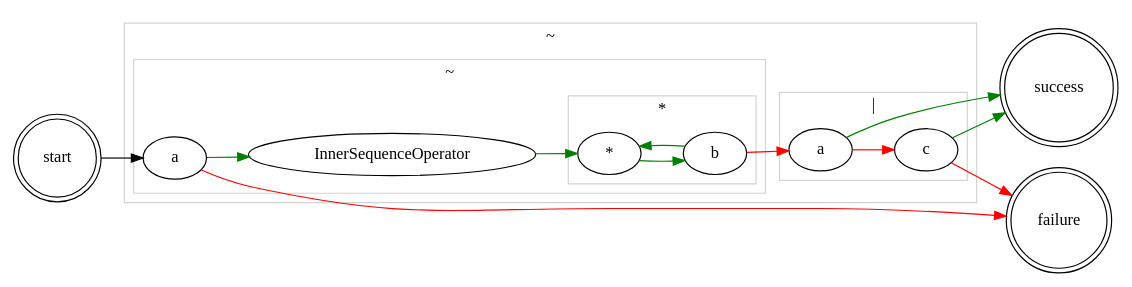
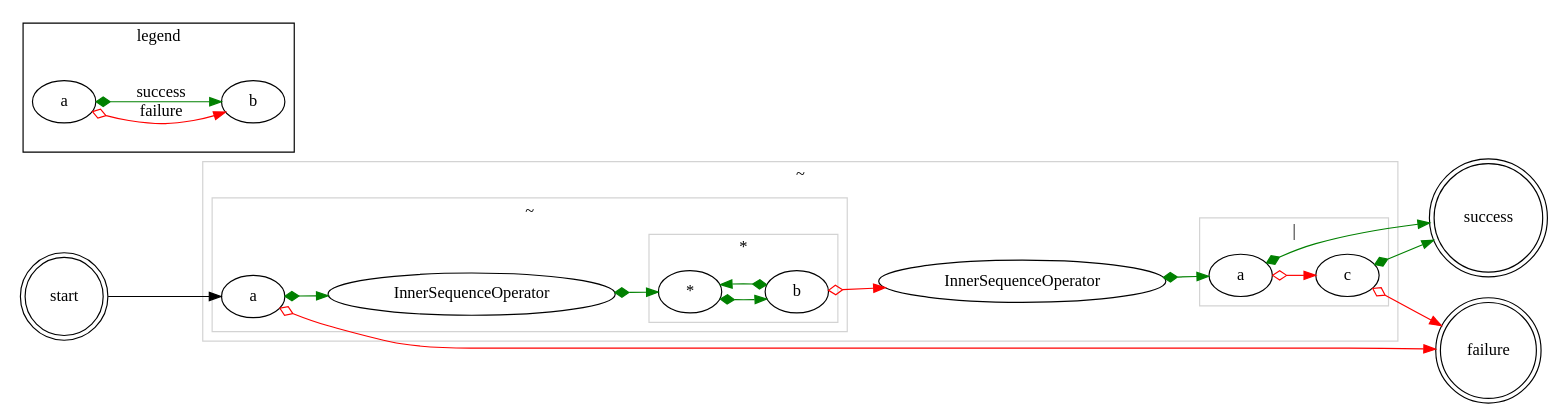
The diagram in freetlelib/src/site/resources/scaladocs/org/freetle/cps.dot (lbruand/freetle), drawn with Graphviz before and after one commit. The commit also changed 1 other file, not shown here.

Commit message:
fixed broken diagram + added a legend

```diff
--- a/freetlelib/src/site/resources/scaladocs/org/freetle/cps.dot
+++ b/freetlelib/src/site/resources/scaladocs/org/freetle/cps.dot
@@ -1,40 +1,52 @@
 digraph G {
 	rankdir=LR;
 	subgraph "cluster_~0" {
 		subgraph "cluster_~1" {
 			subgraph "cluster_*" {
-				"*" -> "b" [color=green]
-				"b" -> "*" [color=green];
+				"*" -> "b" [color=green arrowtail=diamond dir=both];
+				"b" -> "*" [color=green arrowtail=diamond dir=both];
 				label = "*";
 				labelloc="t";
 				color=lightgrey;
 			}
 			a1 [label="a"]
-			a1 -> InnerSequenceOperator -> "*" [color=green];
+			a1 -> InnerSequenceOperator -> "*" [color=green arrowtail=diamond dir=both];
 			label = "~";
 			labelloc="t";
 			color=lightgrey;
 		}
 		subgraph "cluster_|" {
 			a2 [label="a"]
-			"a2" -> "c" [color=red];
+			"a2" -> "c" [color=red arrowtail=odiamond dir=both];
 			label = "|";
 			labelloc="t";
 			color=lightgrey;
 		}
 		color=lightgrey;
-		
-		"b" -> "a2" [color=red];
+		InnerSequenceOperator2 [label="InnerSequenceOperator"]
+		"b" -> InnerSequenceOperator2 [color=red arrowtail=odiamond dir=both];
+		InnerSequenceOperator2 -> "a2" [color=green arrowtail=diamond dir=both];
 		label = "~";
 		labelloc="t";
+			
 	}
 	start [shape=doublecircle];
 	success [shape=doublecircle];
 	failure [shape=doublecircle];
 	start -> a1;
-	"a1" -> failure [color=red]
-	a2 -> success [color=green]
-	"c" -> success [color=green]
-	"c" -> failure [color=red]
+	"a1" -> failure [color=red arrowtail=odiamond dir=both];
+	a2 -> success [color=green arrowtail=diamond dir=both];
+	"c" -> success [color=green arrowtail=diamond dir=both];
+	"c" -> failure [color=red arrowtail=odiamond dir=both];
+
+	subgraph "cluster_legend" {
+		nodea [label="a"];
+		nodeb [label="b"];
+		nodea -> nodeb [label="failure" color=red arrowtail=odiamond dir=both];
+		nodea -> nodeb [label="success" color=green arrowtail=diamond dir=both];
+		label = "legend";
+		labelloc="t";
+		color=black;
+	}
 
 }
```
